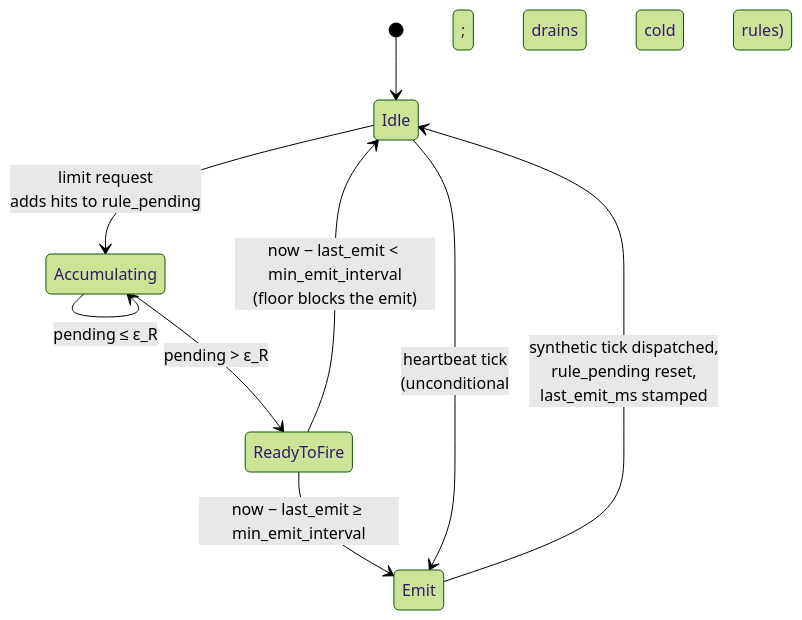
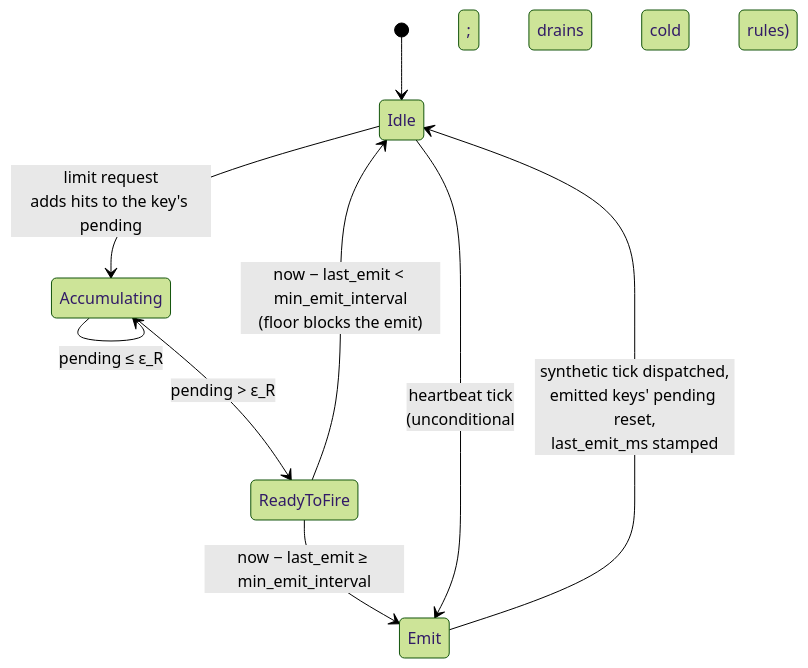
Before and after one commit to prosody-events/gabion: the second of 2 diagrams in crates/gabion/README.md, drawn with Mermaid (forest theme). The commit also changed other lines of this file and 6 other files, not shown here.

First line of the commit message:
fix(gossip): count threshold-flush pending hits per key, not per rule

````diff
--- a/crates/gabion/README.md
+++ b/crates/gabion/README.md
@@ -309,11 +319,11 @@
 ```mermaid
 stateDiagram-v2
     [*] --> Idle
-    Idle --> Accumulating: limit request<br/>adds hits to rule_pending
+    Idle --> Accumulating: limit request<br/>adds hits to the key's pending
     Accumulating --> Accumulating: pending ≤ ε_R
     Accumulating --> ReadyToFire: pending > ε_R
     ReadyToFire --> Idle: now − last_emit < min_emit_interval<br/>(floor blocks the emit)
     ReadyToFire --> Emit: now − last_emit ≥ min_emit_interval
-    Emit --> Idle: synthetic tick dispatched,<br/>rule_pending reset,<br/>last_emit_ms stamped
+    Emit --> Idle: synthetic tick dispatched,<br/>emitted keys' pending reset,<br/>last_emit_ms stamped
     Idle --> Emit: heartbeat tick<br/>(unconditional; drains cold rules)
 ```
````
